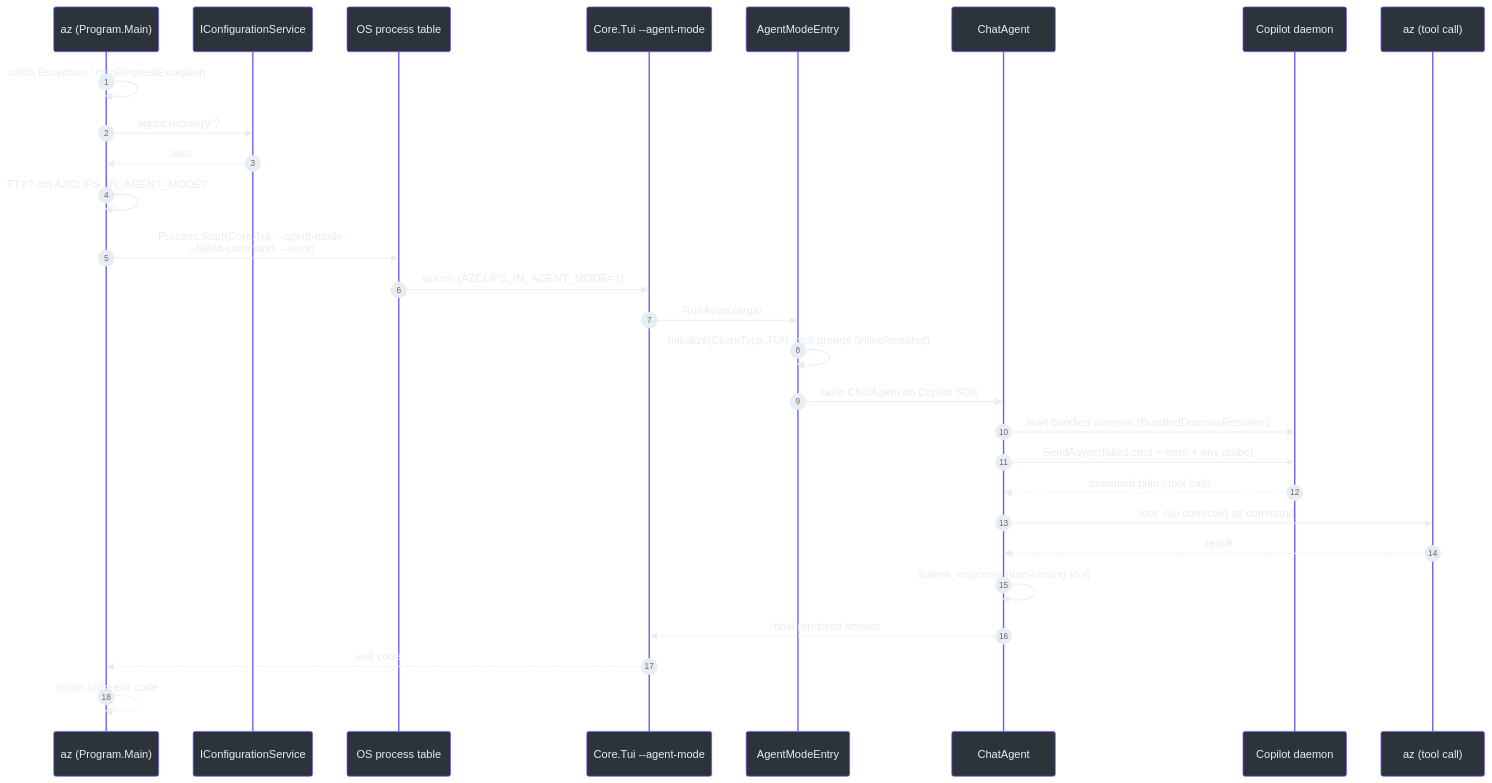
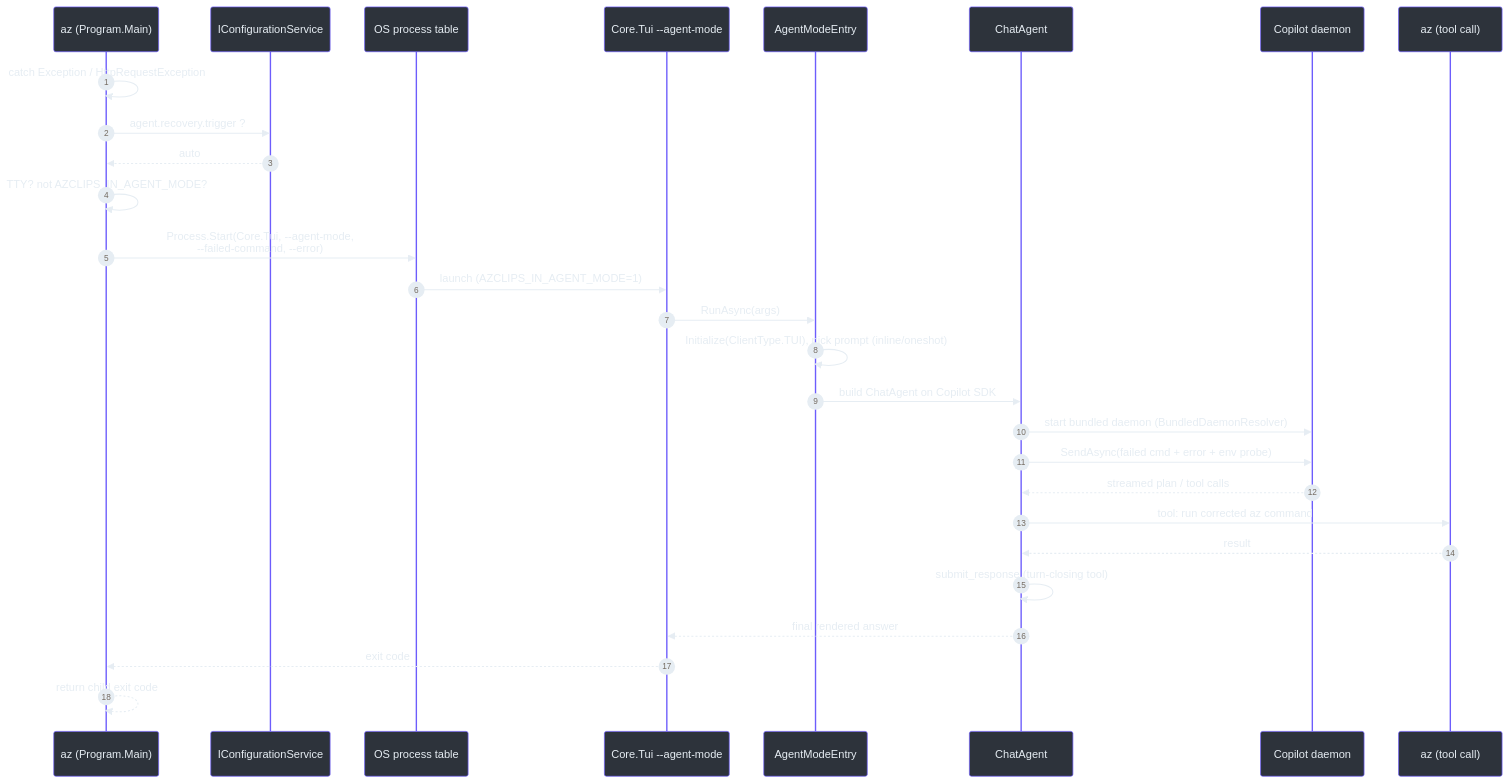
The fourth of 5 diagrams in wiki/onboarding-guide.md (Azure/azclips), drawn with Mermaid before and after one commit. The commit also changed other lines of this file and 89 other files, not shown here.

````diff
--- a/wiki/onboarding-guide.md
+++ b/wiki/onboarding-guide.md
@@ -493,32 +493,32 @@
 ```mermaid
 %%{init: {'theme':'base','themeVariables':{'primaryColor':'#2d333b','primaryBorderColor':'#6d5dfc','primaryTextColor':'#e6edf3','lineColor':'#8b949e','clusterBkg':'#161b22','clusterBorder':'#30363d','fontFamily':'monospace'}}}%%
 sequenceDiagram
     autonumber
     participant CLI as az (Program.Main)
     participant CFG as IConfigurationService
     participant OS as OS process table
     participant TUI as Core.Tui --agent-mode
     participant AME as AgentModeEntry
     participant CA as ChatAgent
     participant DMN as Copilot daemon
     participant AZ as az (tool call)
 
     CLI->>CLI: catch Exception / HttpRequestException
-    CLI->>CFG: agent.recovery ?
+    CLI->>CFG: agent.recovery.trigger ?
     CFG-->>CLI: auto
     CLI->>CLI: TTY? not AZCLIPS_IN_AGENT_MODE?
     CLI->>OS: Process.Start(Core.Tui, --agent-mode,<br>--failed-command, --error)
     OS->>TUI: launch (AZCLIPS_IN_AGENT_MODE=1)
     TUI->>AME: RunAsync(args)
     AME->>AME: Initialize(ClientType.TUI), pick prompt (inline/oneshot)
     AME->>CA: build ChatAgent on Copilot SDK
     CA->>DMN: start bundled daemon (BundledDaemonResolver)
     CA->>DMN: SendAsync(failed cmd + error + env probe)
     DMN-->>CA: streamed plan / tool calls
     CA->>AZ: tool: run corrected az command
     AZ-->>CA: result
     CA->>CA: submit_response (turn-closing tool)
     CA-->>TUI: final rendered answer
     TUI-->>CLI: exit code
     CLI-->>CLI: return child exit code
 ```
````
